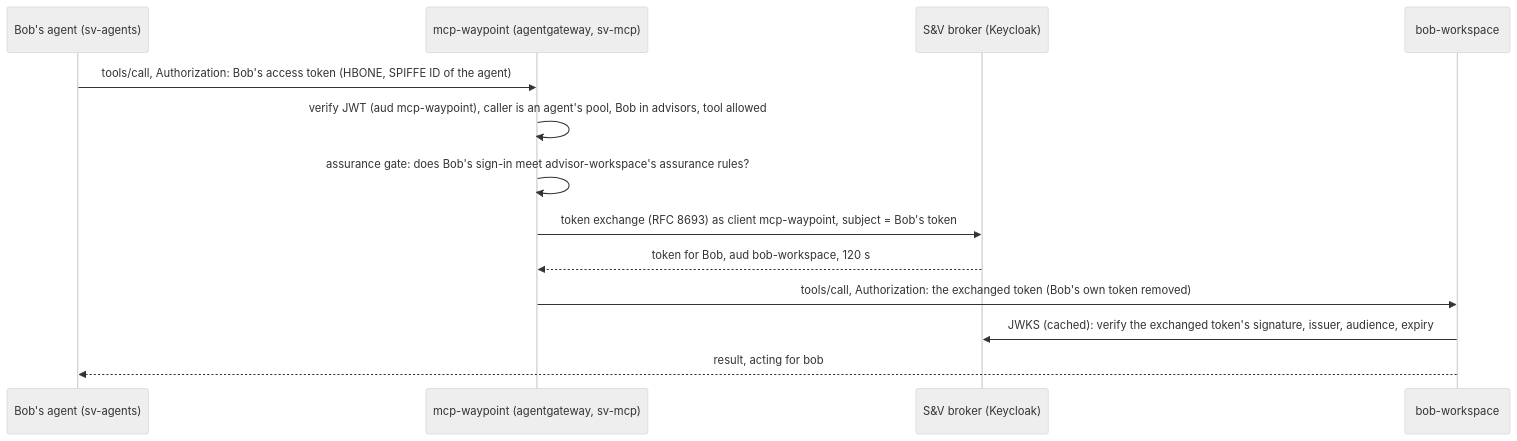
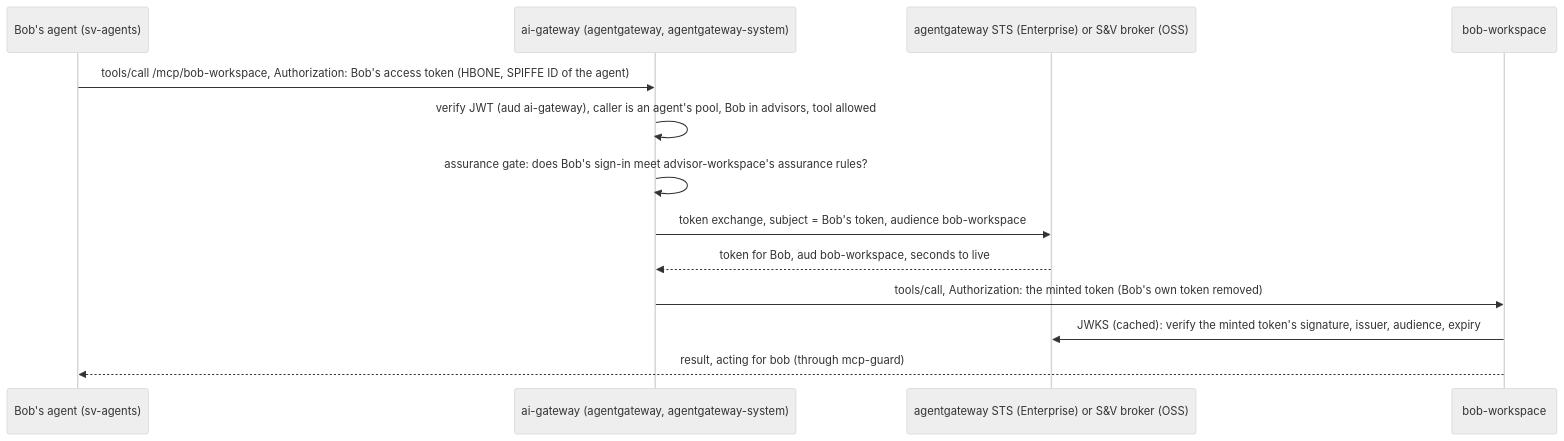
Before and after one commit to nickgamb/solo-lab: the first of 3 diagrams in docs/IDENTITY-FLOWS.md, drawn with Mermaid (neutral theme). The commit also changed other lines of this file and 39 other files, not shown here.

First line of the commit message:
Every MCP server sits behind the firm's gateway

````diff
--- a/docs/IDENTITY-FLOWS.md
+++ b/docs/IDENTITY-FLOWS.md
@@ -59,15 +85,15 @@
 ```mermaid
 sequenceDiagram
   participant A as Bob's agent (sv-agents)
-  participant W as mcp-waypoint (agentgateway, sv-mcp)
-  participant K as S&V broker (Keycloak)
+  participant G as ai-gateway (agentgateway, agentgateway-system)
+  participant S as agentgateway STS (Enterprise) or S&V broker (OSS)
   participant T as bob-workspace
-  A->>W: tools/call, Authorization: Bob's access token (HBONE, SPIFFE ID of the agent)
-  W->>W: verify JWT (aud mcp-waypoint), caller is an agent's pool, Bob in advisors, tool allowed
-  W->>W: assurance gate: does Bob's sign-in meet advisor-workspace's assurance rules?
-  W->>K: token exchange (RFC 8693) as client mcp-waypoint, subject = Bob's token
-  K-->>W: token for Bob, aud bob-workspace, 120 s
-  W->>T: tools/call, Authorization: the exchanged token (Bob's own token removed)
-  T->>K: JWKS (cached): verify the exchanged token's signature, issuer, audience, expiry
-  T-->>A: result, acting for bob
+  A->>G: tools/call /mcp/bob-workspace, Authorization: Bob's access token (HBONE, SPIFFE ID of the agent)
+  G->>G: verify JWT (aud ai-gateway), caller is an agent's pool, Bob in advisors, tool allowed
+  G->>G: assurance gate: does Bob's sign-in meet advisor-workspace's assurance rules?
+  G->>S: token exchange, subject = Bob's token, audience bob-workspace
+  S-->>G: token for Bob, aud bob-workspace, seconds to live
+  G->>T: tools/call, Authorization: the minted token (Bob's own token removed)
+  T->>S: JWKS (cached): verify the minted token's signature, issuer, audience, expiry
+  T-->>A: result, acting for bob (through mcp-guard)
 ```
````
